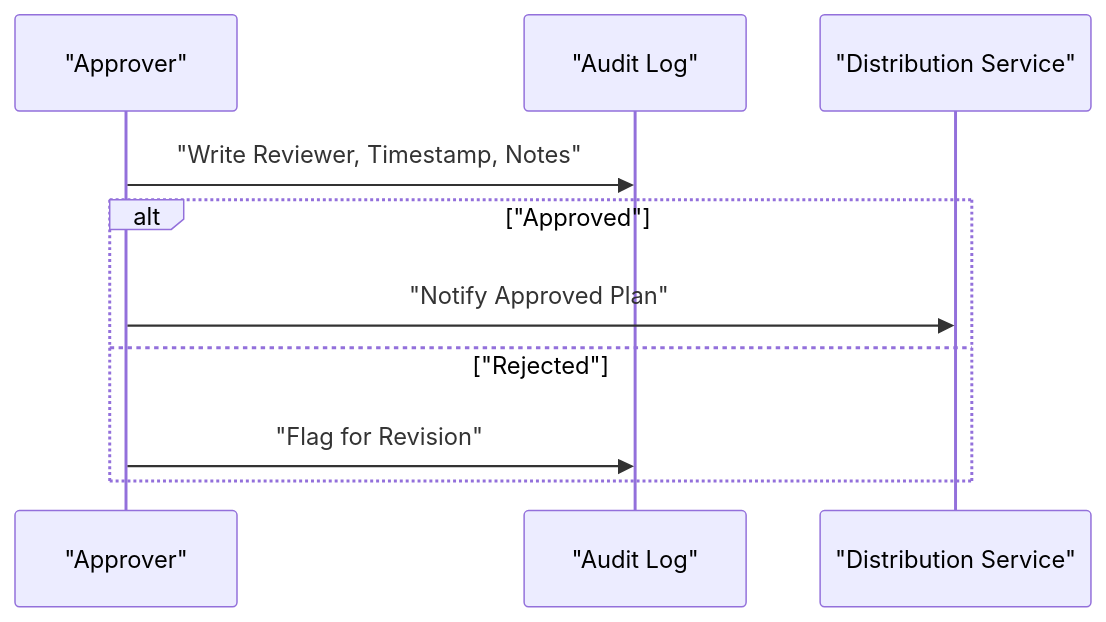
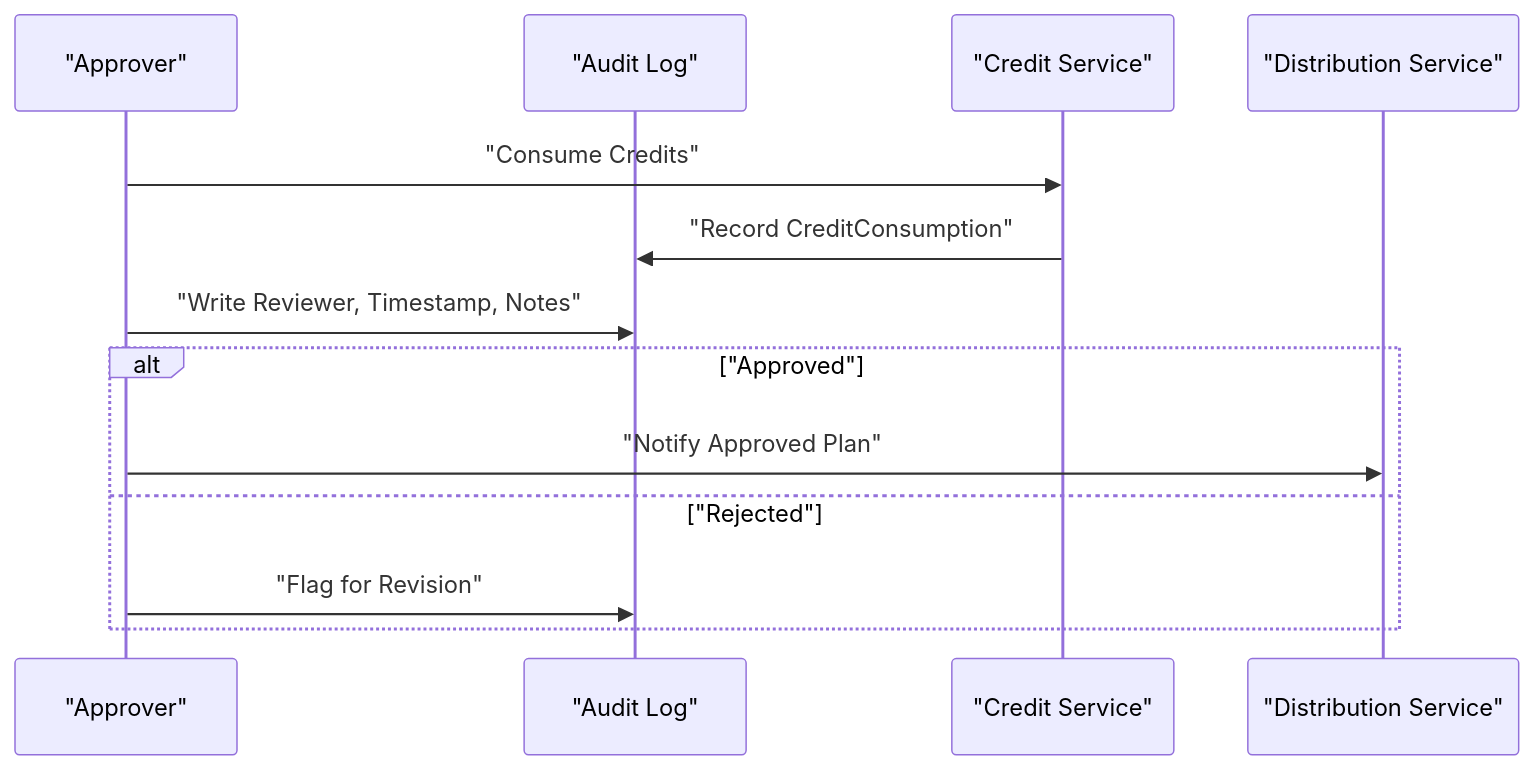
Before and after one commit to lamhongbac/NonCash: the fifth of 11 diagrams in .qoder/repowiki/en/content/Core Services Implementation/Approval Service.md, drawn with Mermaid. The commit also changed other lines of this file and 111 other files, not shown here.

````diff
--- a/.qoder/repowiki/en/content/Core Services Implementation/Approval Service.md
+++ b/.qoder/repowiki/en/content/Core Services Implementation/Approval Service.md
@@ -171,12 +198,15 @@
 ```mermaid
 sequenceDiagram
 participant Approver as "Approver"
 participant Audit as "Audit Log"
+participant Credit as "Credit Service"
 participant Dist as "Distribution Service"
+Approver->>Credit : "Consume Credits"
+Credit->>Audit : "Record CreditConsumption"
 Approver->>Audit : "Write Reviewer, Timestamp, Notes"
 alt "Approved"
 Approver->>Dist : "Notify Approved Plan"
 else "Rejected"
 Approver->>Audit : "Flag for Revision"
 end
 ```
````
